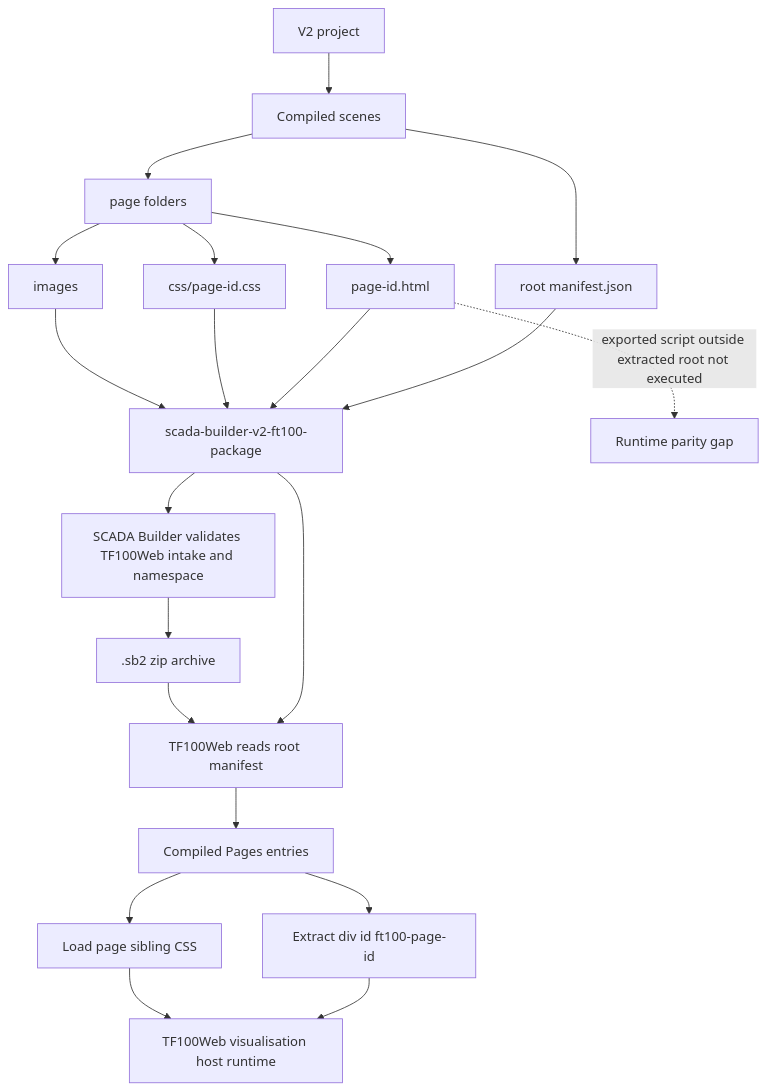
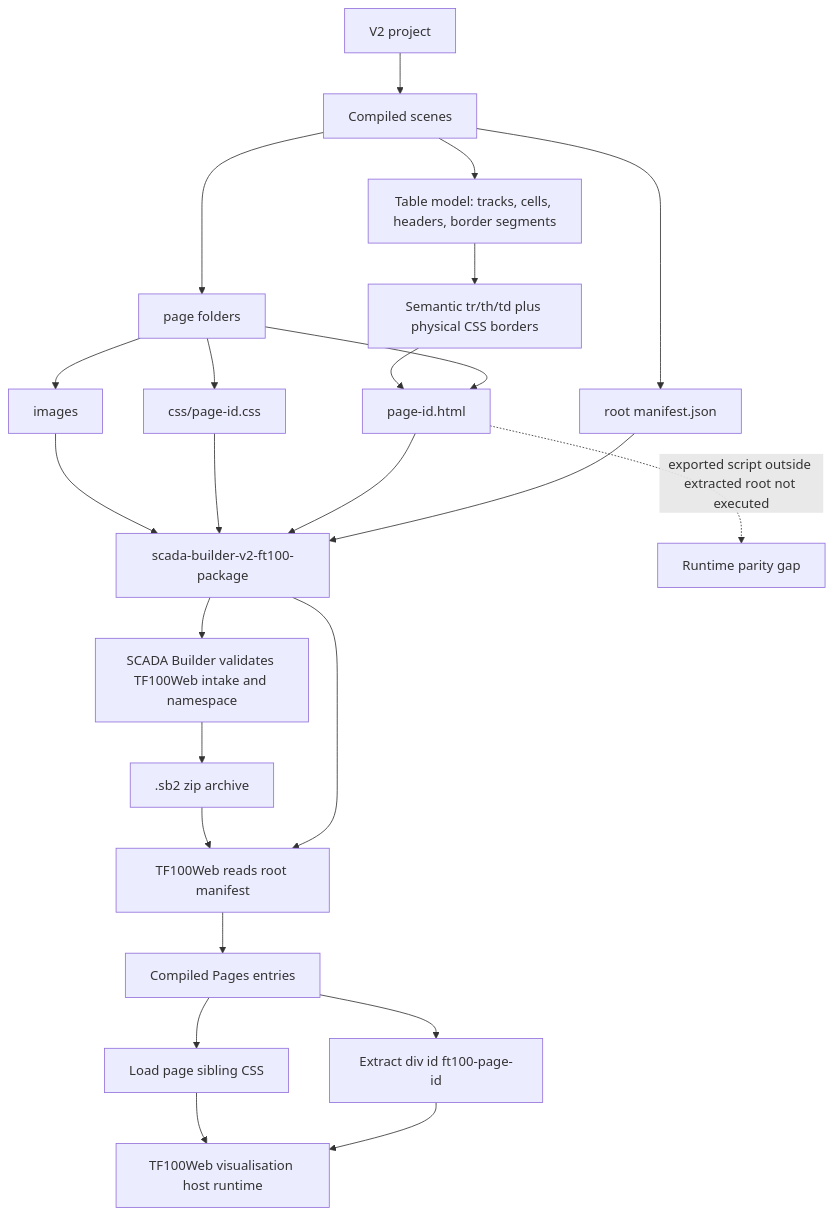
One commit to technologiesflorizon/scadabuilder changed the diagram in docs/10_generated/EXPORT_FLOW_DIAGRAM_V2.md. Above: the diagram before and after it, drawn with Mermaid. The commit also changed other lines of this file and 20 other files, not shown here.

````diff
--- a/docs/10_generated/EXPORT_FLOW_DIAGRAM_V2.md
+++ b/docs/10_generated/EXPORT_FLOW_DIAGRAM_V2.md
@@ -15,23 +16,26 @@
 ```mermaid
 flowchart TD
   Project[V2 project] --> Scenes[Compiled scenes]
+  Scenes --> Tables[Table model: tracks, cells, headers, border segments]
+  Tables --> TableHtml[Semantic tr/th/td plus physical CSS borders]
   Scenes --> Manifest[root manifest.json]
   Scenes --> Pages[page folders]
   Pages --> Html[page-id.html]
   Pages --> Css[css/page-id.css]
   Pages --> Images[images]
   Manifest --> Package[scada-builder-v2-ft100-package]
   Html --> Package
+  TableHtml --> Html
   Css --> Package
   Images --> Package
   Package --> Validate[SCADA Builder validates TF100Web intake and namespace]
   Validate --> Sb2[.sb2 zip archive]
   Package --> TfManifest[TF100Web reads root manifest]
   Sb2 --> TfManifest
   TfManifest --> TfPages[Compiled Pages entries]
   TfPages --> TfFragment[Extract div id ft100-page-id]
   TfPages --> TfCss[Load page sibling CSS]
   TfFragment --> TfHost[TF100Web visualisation host runtime]
   TfCss --> TfHost
   Html -. exported script outside extracted root not executed .-> TfGap[Runtime parity gap]
 ```
````
